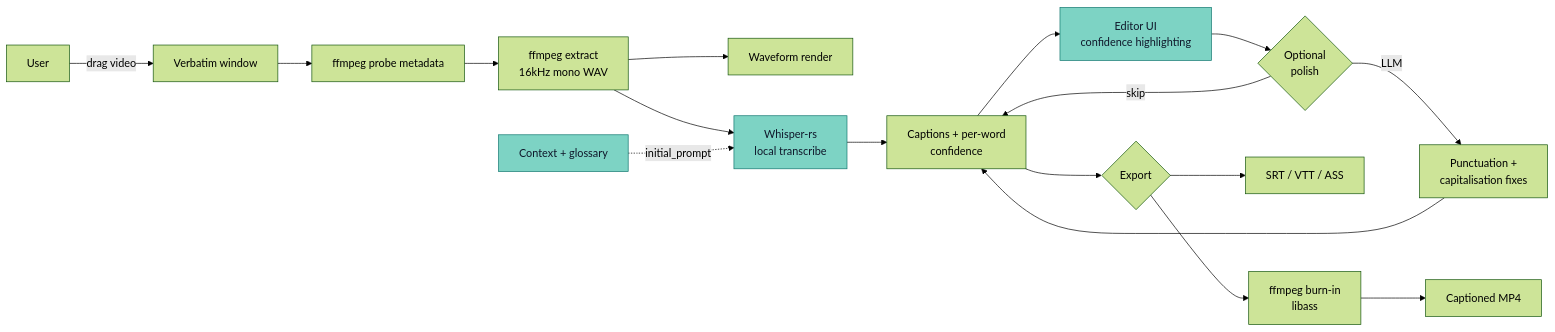
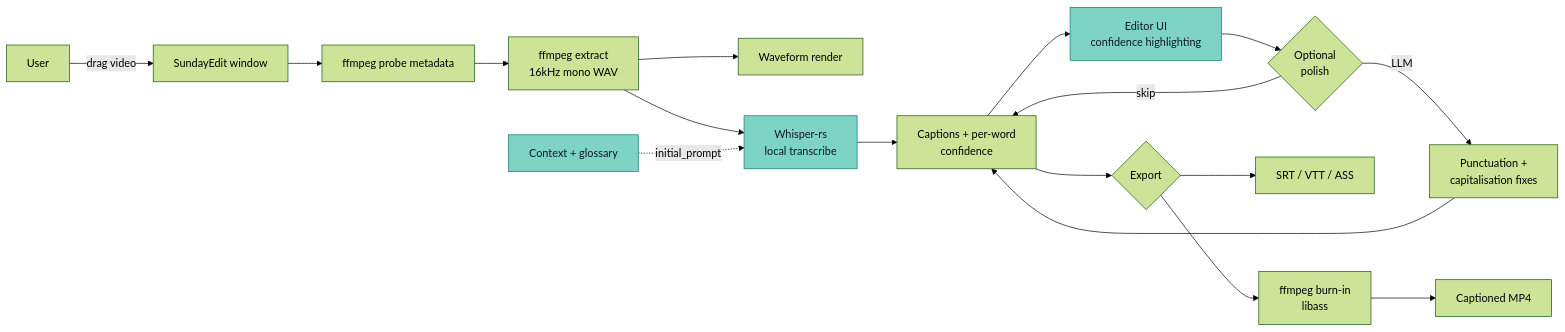
The first of 2 diagrams in docs/ARCHITECTURE.md (richardfossland/sundayedit), drawn with Mermaid (forest theme) before and after one commit. The commit also changed other lines of this file and 33 other files, not shown here.

````diff
--- a/docs/ARCHITECTURE.md
+++ b/docs/ARCHITECTURE.md
@@ -7,22 +7,22 @@
 ```mermaid
 flowchart LR
-  User[User] -- drag video --> Win[Verbatim window]
+  User[User] -- drag video --> Win[SundayEdit window]
   Win --> Probe[ffmpeg probe metadata]
   Probe --> Audio[ffmpeg extract<br/>16kHz mono WAV]
   Audio --> Waveform[Waveform render]
   Audio --> ASR[Whisper-rs<br/>local transcribe]
   Glossary[Context + glossary] -.initial_prompt.-> ASR
   ASR --> Captions[Captions + per-word<br/>confidence]
   Captions --> Editor[Editor UI<br/>confidence highlighting]
   Editor --> Polish{Optional<br/>polish}
   Polish -- LLM --> Polished[Punctuation +<br/>capitalisation fixes]
   Polish -- skip --> Captions
   Polished --> Captions
   Captions --> Export{Export}
   Export --> SRT[SRT / VTT / ASS]
   Export --> Burnin[ffmpeg burn-in<br/>libass]
   Burnin --> MP4[Captioned MP4]
 
   classDef killer fill:#7dd3c4,stroke:#0f766e,color:#0f172a
   class ASR,Glossary,Editor killer
 ```
````
